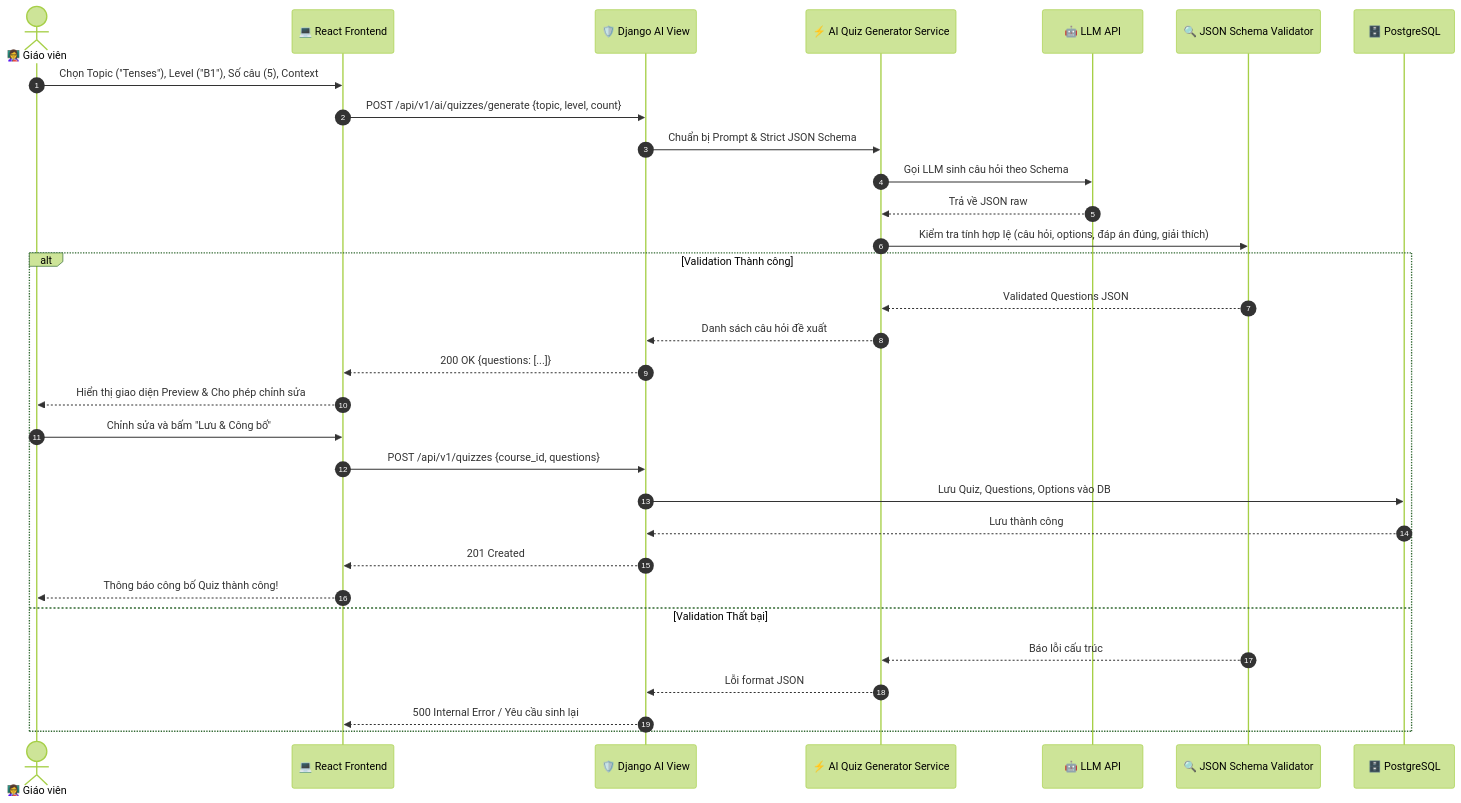
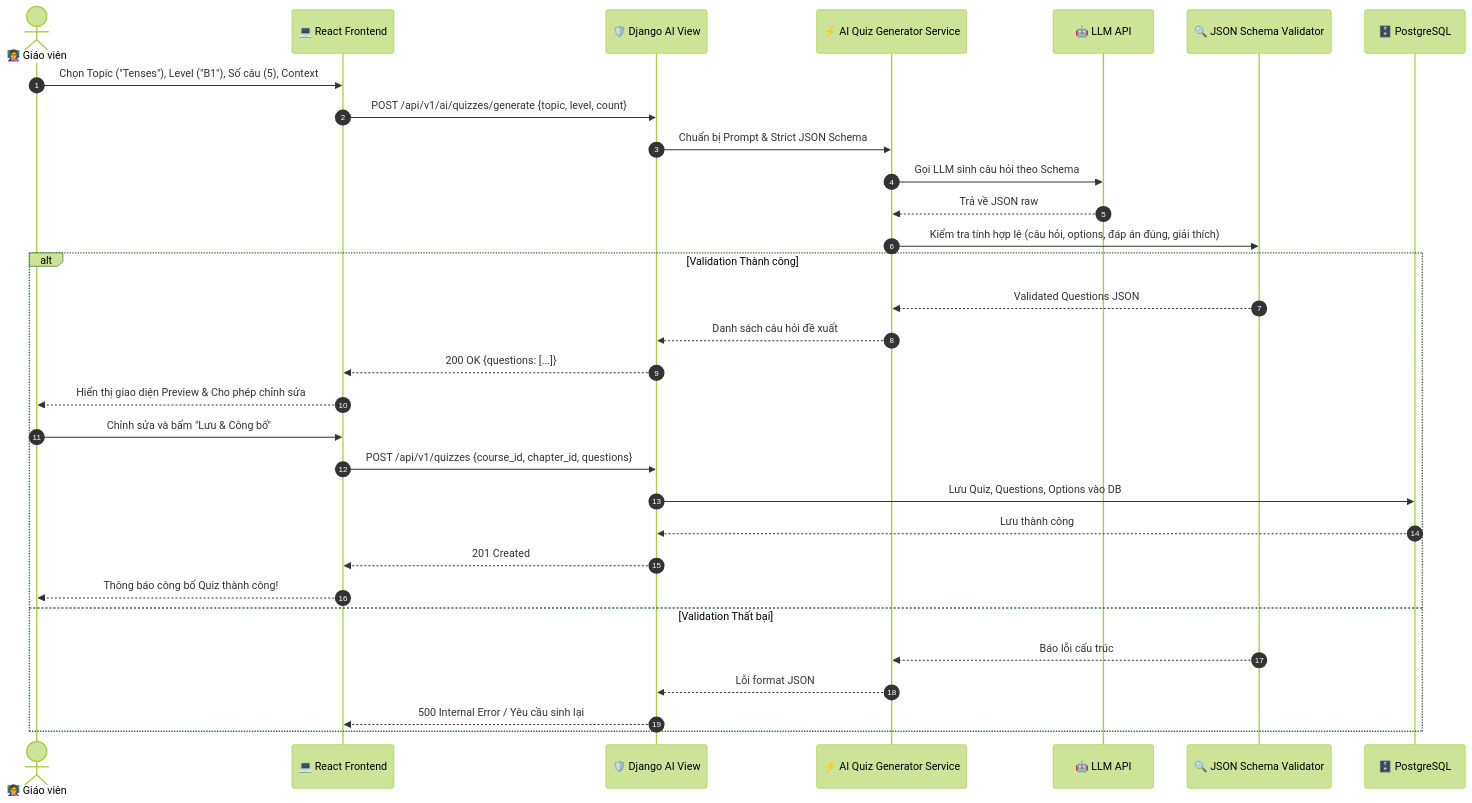
The sixth of 8 diagrams in docs/design/system_design.md (thaipro113/DATN_E-Learning_AI_2251220232_LEVANTHAI_22CT5), drawn with Mermaid (forest theme) before and after one commit. The commit also changed other lines of this file and 6 other files, not shown here.

````diff
--- a/docs/design/system_design.md
+++ b/docs/design/system_design.md
@@ -171,34 +199,34 @@
 ```mermaid
 sequenceDiagram
     autonumber
     actor Teacher as 👩‍🏫 Giáo viên
     participant UI as 💻 React Frontend
     participant API as 🛡️ Django AI View
     participant GenService as ⚡ AI Quiz Generator Service
     participant LLM as 🤖 LLM API
     participant Validator as 🔍 JSON Schema Validator
     participant DB as 🗄️ PostgreSQL
 
     Teacher->>UI: Chọn Topic ("Tenses"), Level ("B1"), Số câu (5), Context
     UI->>API: POST /api/v1/ai/quizzes/generate {topic, level, count}
     API->>GenService: Chuẩn bị Prompt & Strict JSON Schema
     GenService->>LLM: Gọi LLM sinh câu hỏi theo Schema
     LLM-->>GenService: Trả về JSON raw
     GenService->>Validator: Kiểm tra tính hợp lệ (câu hỏi, options, đáp án đúng, giải thích)
     alt Validation Thành công
         Validator-->>GenService: Validated Questions JSON
         GenService-->>API: Danh sách câu hỏi đề xuất
         API-->>UI: 200 OK {questions: [...]}
         UI-->>Teacher: Hiển thị giao diện Preview & Cho phép chỉnh sửa
         Teacher->>UI: Chỉnh sửa và bấm "Lưu & Công bố"
-        UI->>API: POST /api/v1/quizzes {course_id, questions}
+        UI->>API: POST /api/v1/quizzes {course_id, chapter_id, questions}
         API->>DB: Lưu Quiz, Questions, Options vào DB
         DB-->>API: Lưu thành công
         API-->>UI: 201 Created
         UI-->>Teacher: Thông báo công bố Quiz thành công!
     else Validation Thất bại
         Validator-->>GenService: Báo lỗi cấu trúc
         GenService-->>API: Lỗi format JSON
         API-->>UI: 500 Internal Error / Yêu cầu sinh lại
     end
 ```
````
